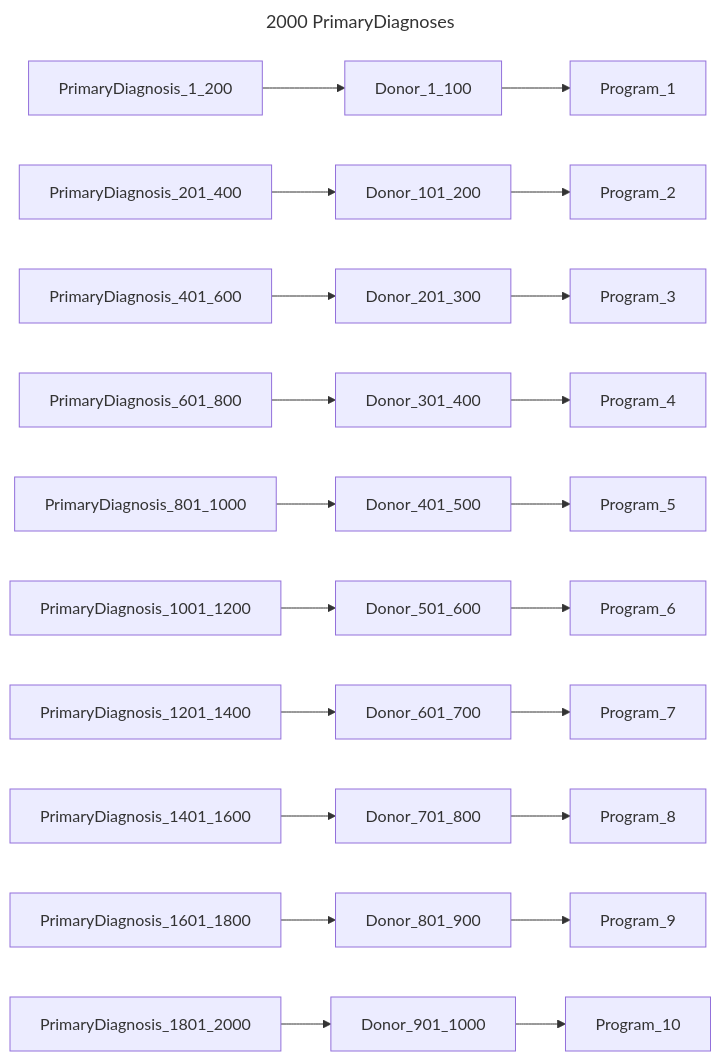
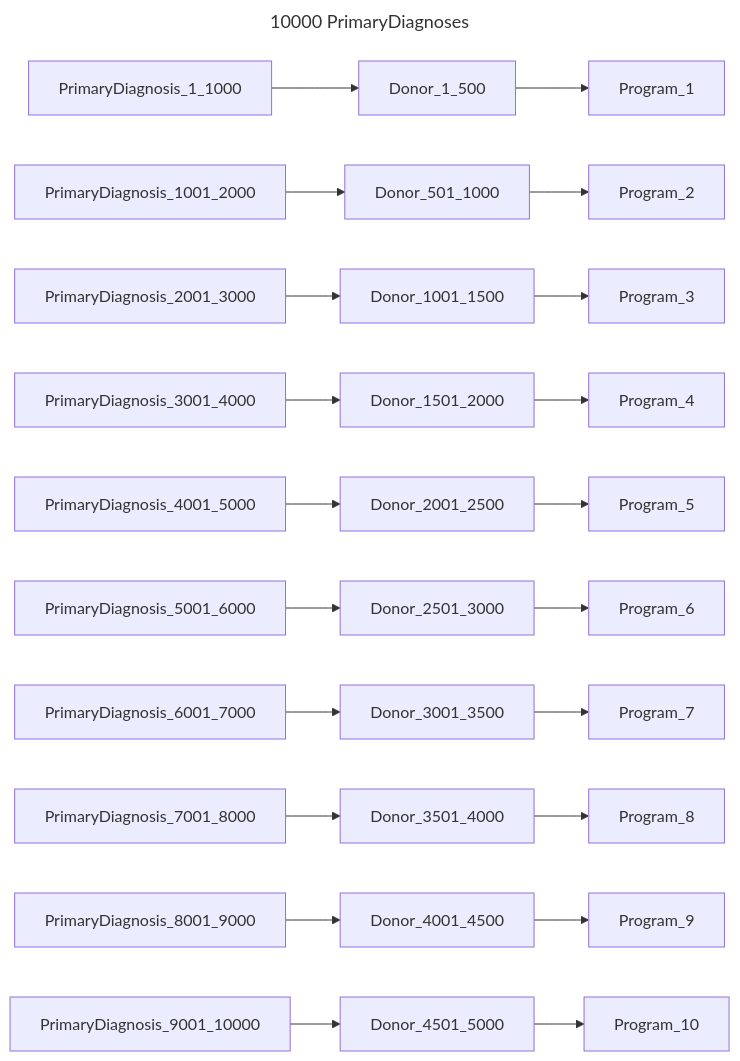
The second of 14 diagrams in chord_metadata_service/mohpackets/data/large_dataset/README.md (bento-platform/katsu), drawn with Mermaid before and after one commit. The commit also changed other lines of this file, not shown here.

````diff
--- a/chord_metadata_service/mohpackets/data/large_dataset/README.md
+++ b/chord_metadata_service/mohpackets/data/large_dataset/README.md
@@ -25,16 +25,16 @@
 ```mermaid
 ---
-title: 2000 PrimaryDiagnoses
+title: 10000 PrimaryDiagnoses
 ---
 graph LR;  
-  PrimaryDiagnosis_1_200 --> Donor_1_100 --> Program_1;
-  PrimaryDiagnosis_201_400 --> Donor_101_200 --> Program_2;  
-  PrimaryDiagnosis_401_600 --> Donor_201_300 --> Program_3;  
-  PrimaryDiagnosis_601_800 --> Donor_301_400 --> Program_4;  
-  PrimaryDiagnosis_801_1000 --> Donor_401_500 --> Program_5;  
-  PrimaryDiagnosis_1001_1200 --> Donor_501_600 --> Program_6;  
-  PrimaryDiagnosis_1201_1400 --> Donor_601_700 --> Program_7;  
-  PrimaryDiagnosis_1401_1600 --> Donor_701_800 --> Program_8;  
-  PrimaryDiagnosis_1601_1800 --> Donor_801_900 --> Program_9;
-  PrimaryDiagnosis_1801_2000 --> Donor_901_1000 --> Program_10;  
+  PrimaryDiagnosis_1_1000 --> Donor_1_500 --> Program_1;
+  PrimaryDiagnosis_1001_2000 --> Donor_501_1000 --> Program_2;  
+  PrimaryDiagnosis_2001_3000 --> Donor_1001_1500 --> Program_3;  
+  PrimaryDiagnosis_3001_4000 --> Donor_1501_2000 --> Program_4;  
+  PrimaryDiagnosis_4001_5000 --> Donor_2001_2500 --> Program_5;  
+  PrimaryDiagnosis_5001_6000 --> Donor_2501_3000 --> Program_6;  
+  PrimaryDiagnosis_6001_7000 --> Donor_3001_3500 --> Program_7;  
+  PrimaryDiagnosis_7001_8000 --> Donor_3501_4000 --> Program_8;  
+  PrimaryDiagnosis_8001_9000 --> Donor_4001_4500 --> Program_9;
+  PrimaryDiagnosis_9001_10000 --> Donor_4501_5000 --> Program_10;
 ```
````
